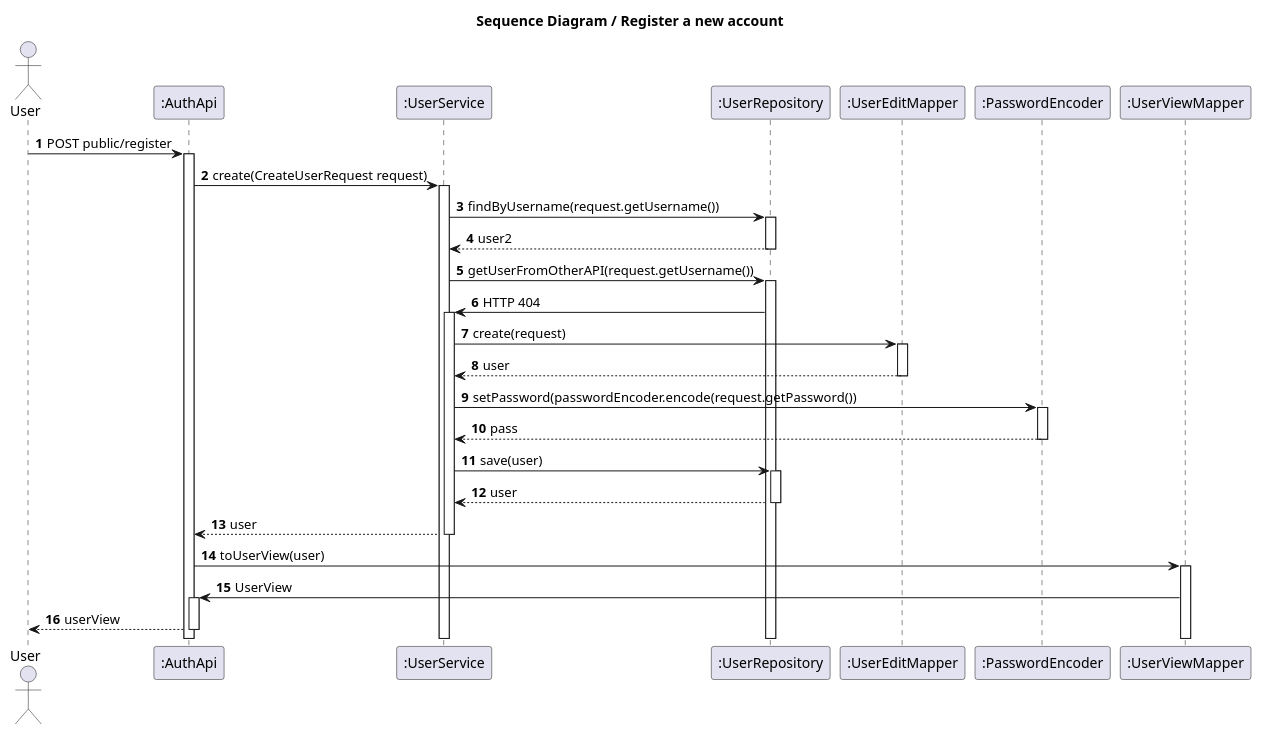
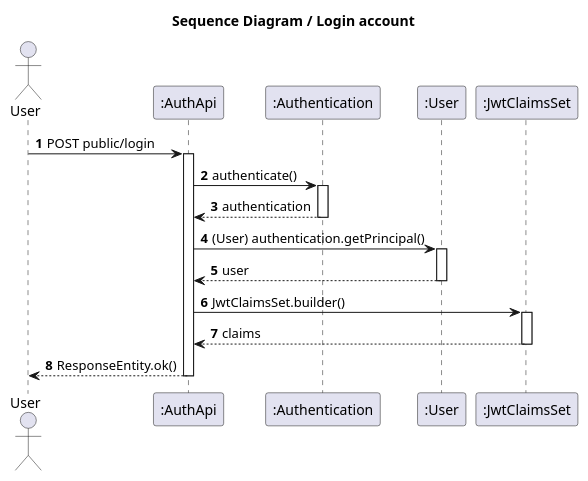
Before and after one commit to IsepMartimOliveira/SIDIS: the diagram in docs_sidis/Users/US03/SD.puml, drawn with PlantUML. The commit also changed 20 other files, not shown here.

```diff
--- a/docs_sidis/Users/US03/SD.puml
+++ b/docs_sidis/Users/US03/SD.puml
@@ -1,41 +1,35 @@
 @startuml
 'https://plantuml.com/sequence-diagram
 autoactivate on
 autonumber
-title  Sequence Diagram / Register a new account
+title  Sequence Diagram / Login account
 
 autonumber
 
 actor "User" as Ac
 participant ":AuthApi" as Auth
-participant ":UserService" as Serv
-participant ":UserRepository" as Repo
-participant ":UserEditMapper" as Mapper
-participant ":PasswordEncoder" as Pass
-participant ":UserViewMapper" as View
+participant ":Authentication" as Auth2
+participant ":User" as User
+participant ":JwtClaimsSet" as Jwt
 
-Ac->Auth:POST public/register
-Auth->Serv:create(CreateUserRequest request)
-Serv->Repo:findByUsername(request.getUsername())
-Repo-->Serv:user2
-Serv->Repo:getUserFromOtherAPI(request.getUsername())
-Repo->Serv:HTTP 404
-Serv->Mapper:create(request)
-Mapper-->Serv:user
-Serv->Pass:setPassword(passwordEncoder.encode(request.getPassword())
-Pass-->Serv:pass
-Serv->Repo:save(user)
-Repo-->Serv:user
-Serv-->Auth:user
-Auth->View:toUserView(user)
-View->Auth:UserView
-Auth-->Ac:userView
+
+Ac->Auth:POST public/login
+Auth->Auth2:authenticate()
+Auth2-->Auth:authentication
+Auth->User:(User) authentication.getPrincipal()
+User-->Auth:user
+Auth->Jwt:JwtClaimsSet.builder()
+Jwt-->Auth:claims
+Auth-->Ac:ResponseEntity.ok()
+
+
+
 
 
 
 
 
 
 
 
 @enduml
```
